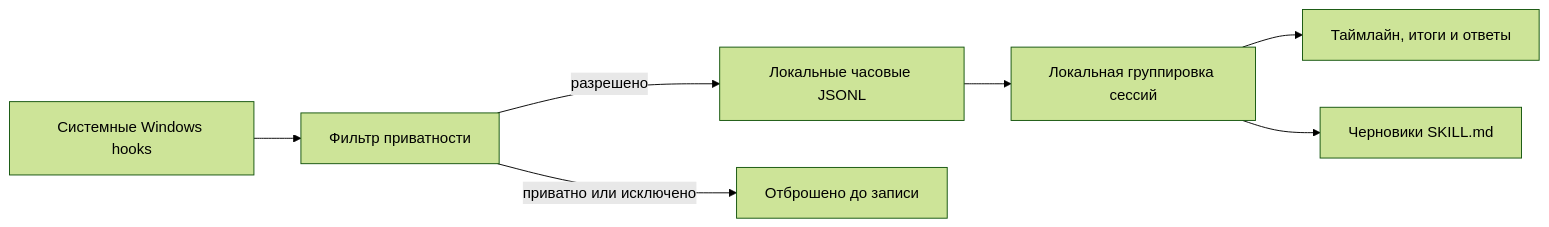
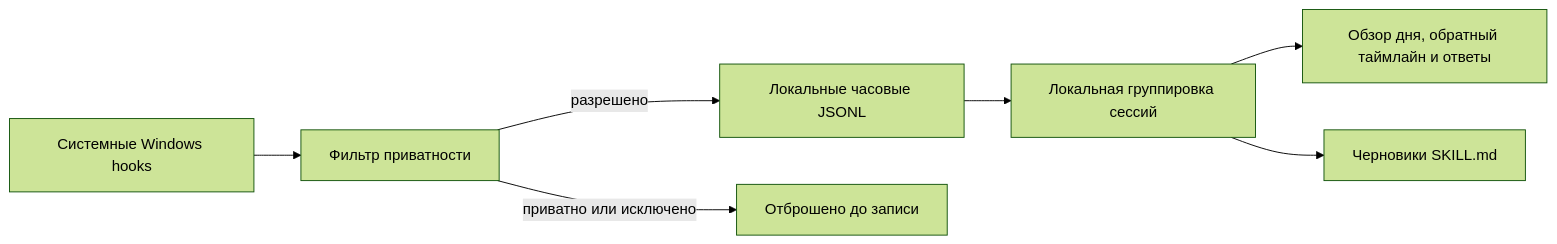
The diagram in README_RU.md (CaspianG/daytrace), drawn with Mermaid (forest theme) before and after one commit. The commit also changed other lines of this file and 21 other files, not shown here.

````diff
--- a/README_RU.md
+++ b/README_RU.md
@@ -91,9 +93,9 @@
 ```mermaid
 flowchart LR
     A["Системные Windows hooks"] --> B["Фильтр приватности"]
     B -->|"разрешено"| C["Локальные часовые JSONL"]
     B -->|"приватно или исключено"| X["Отброшено до записи"]
     C --> D["Локальная группировка сессий"]
-    D --> E["Таймлайн, итоги и ответы"]
+    D --> E["Обзор дня, обратный таймлайн и ответы"]
     D --> F["Черновики SKILL.md"]
 ```
````
